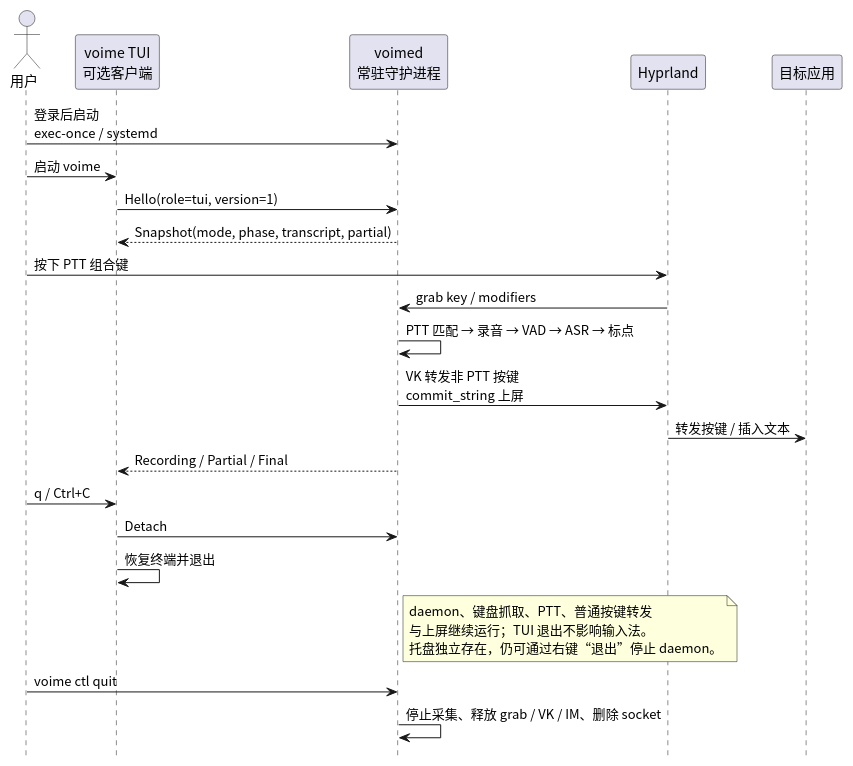
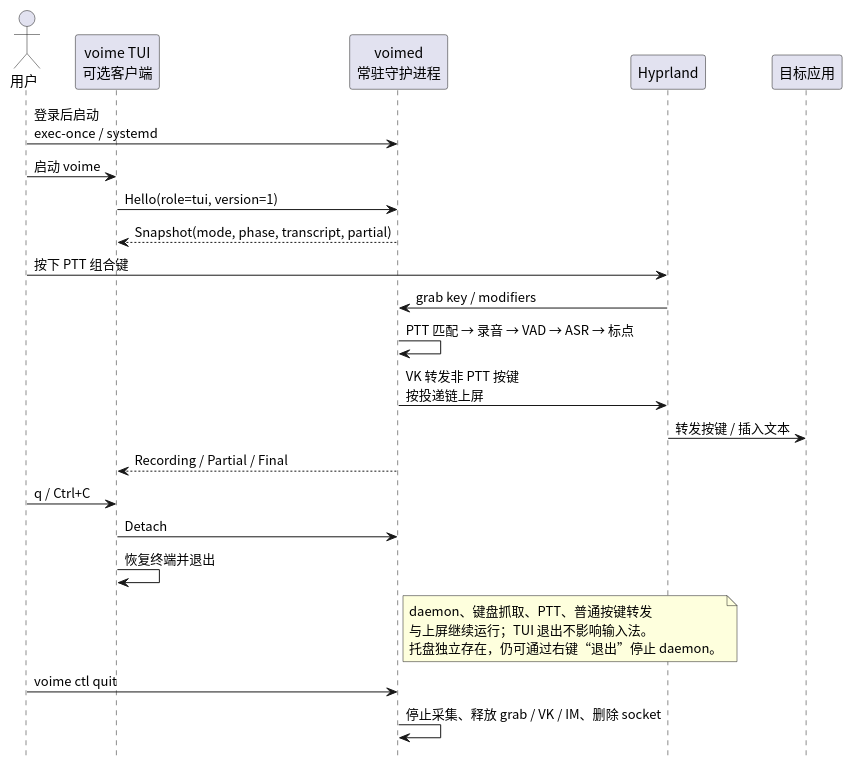
The diagram in diagram/proposal-tui-attach.puml (54m43lJ/voime), drawn with PlantUML before and after one commit. The commit also changed 31 other files, not shown here.

```diff
--- a/diagram/proposal-tui-attach.puml
+++ b/diagram/proposal-tui-attach.puml
@@ -1,34 +1,34 @@
 @startuml
 skinparam defaultFontName "Noto Sans CJK SC"
 skinparam shadowing false
 hide footbox
 
 actor "用户" as User
 participant "voime TUI\n可选客户端" as Tui
 participant "voimed\n常驻守护进程" as Daemon
 participant "Hyprland" as Compositor
 participant "目标应用" as App
 
 User -> Daemon : 登录后启动\nexec-once / systemd
 User -> Tui : 启动 voime
 Tui -> Daemon : Hello(role=tui, version=1)
 Daemon --> Tui : Snapshot(mode, phase, transcript, partial)
 User -> Compositor : 按下 PTT 组合键
 Compositor -> Daemon : grab key / modifiers
 Daemon -> Daemon : PTT 匹配 → 录音 → VAD → ASR → 标点
-Daemon -> Compositor : VK 转发非 PTT 按键\ncommit_string 上屏
+Daemon -> Compositor : VK 转发非 PTT 按键\n按投递链上屏
 Compositor -> App : 转发按键 / 插入文本
 Daemon --> Tui : Recording / Partial / Final
 
 User -> Tui : q / Ctrl+C
 Tui -> Daemon : Detach
 Tui -> Tui : 恢复终端并退出
 note right of Daemon
   daemon、键盘抓取、PTT、普通按键转发
   与上屏继续运行；TUI 退出不影响输入法。
   托盘独立存在，仍可通过右键“退出”停止 daemon。
 end note
 
 User -> Daemon : voime ctl quit
 Daemon -> Daemon : 停止采集、释放 grab / VK / IM、删除 socket
 @enduml
```
